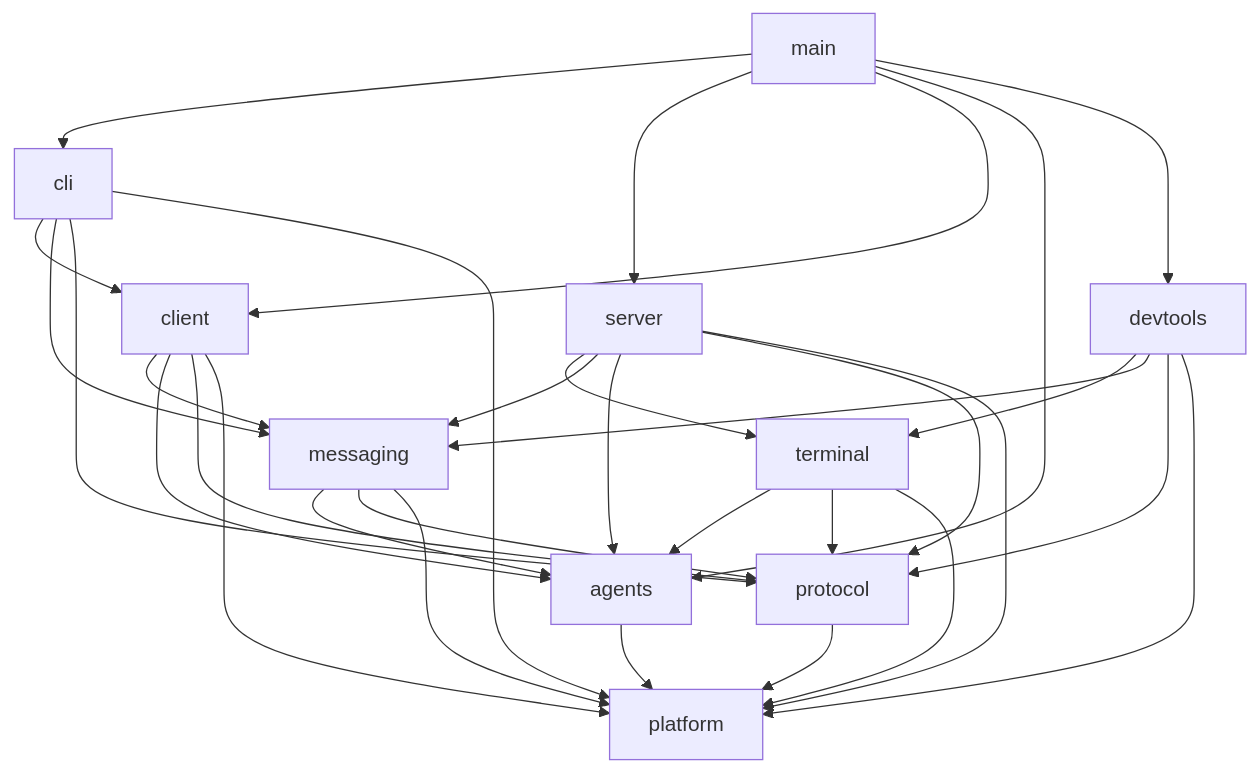
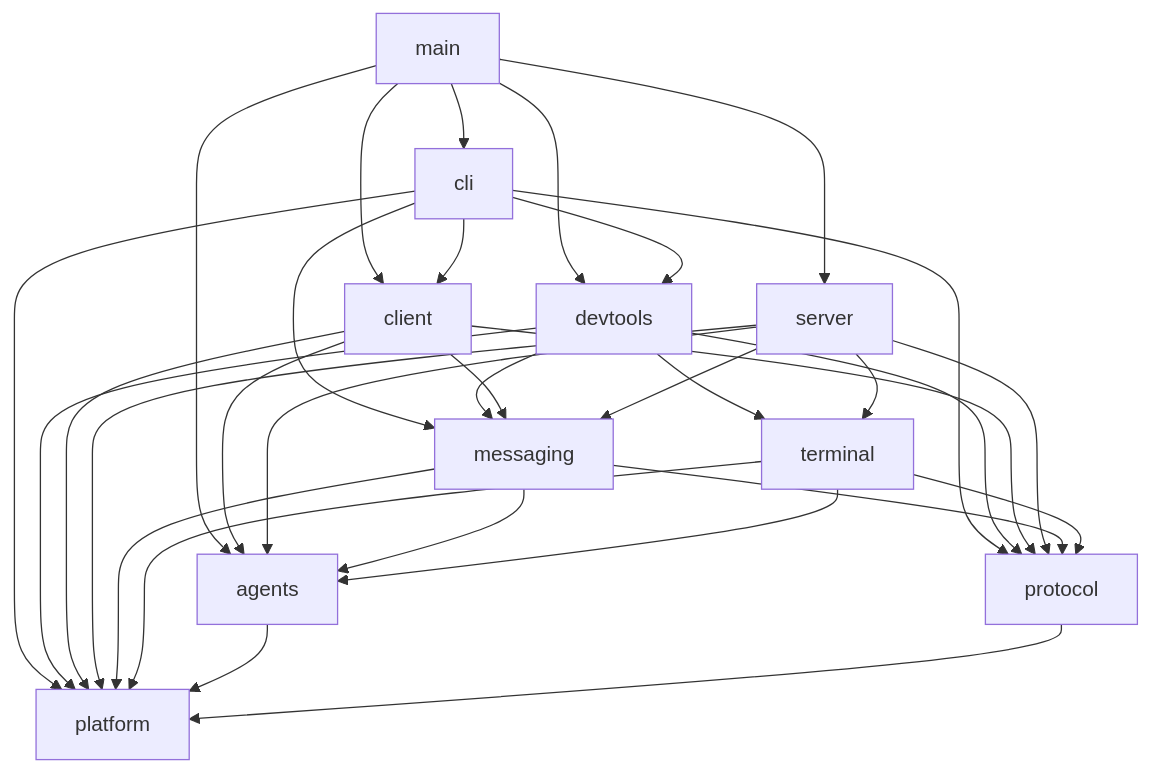
The first of 4 diagrams in docs/bus-architecture.md (asura1234/bus), drawn with Mermaid before and after one commit. The commit also changed other lines of this file and 7 other files, not shown here.

````diff
--- a/docs/bus-architecture.md
+++ b/docs/bus-architecture.md
@@ -289,12 +290,12 @@
 ```mermaid
 flowchart TD
   main --> cli & server & client & agents & devtools
-  cli --> client & messaging & protocol & platform
+  cli --> client & devtools & messaging & protocol & platform
   devtools --> terminal & messaging & protocol & platform
   client --> messaging & agents & protocol & platform
   server --> terminal & messaging & agents & protocol & platform
   messaging --> agents & protocol & platform
   terminal --> agents & protocol & platform
   agents --> platform
   protocol --> platform
 ```
````
